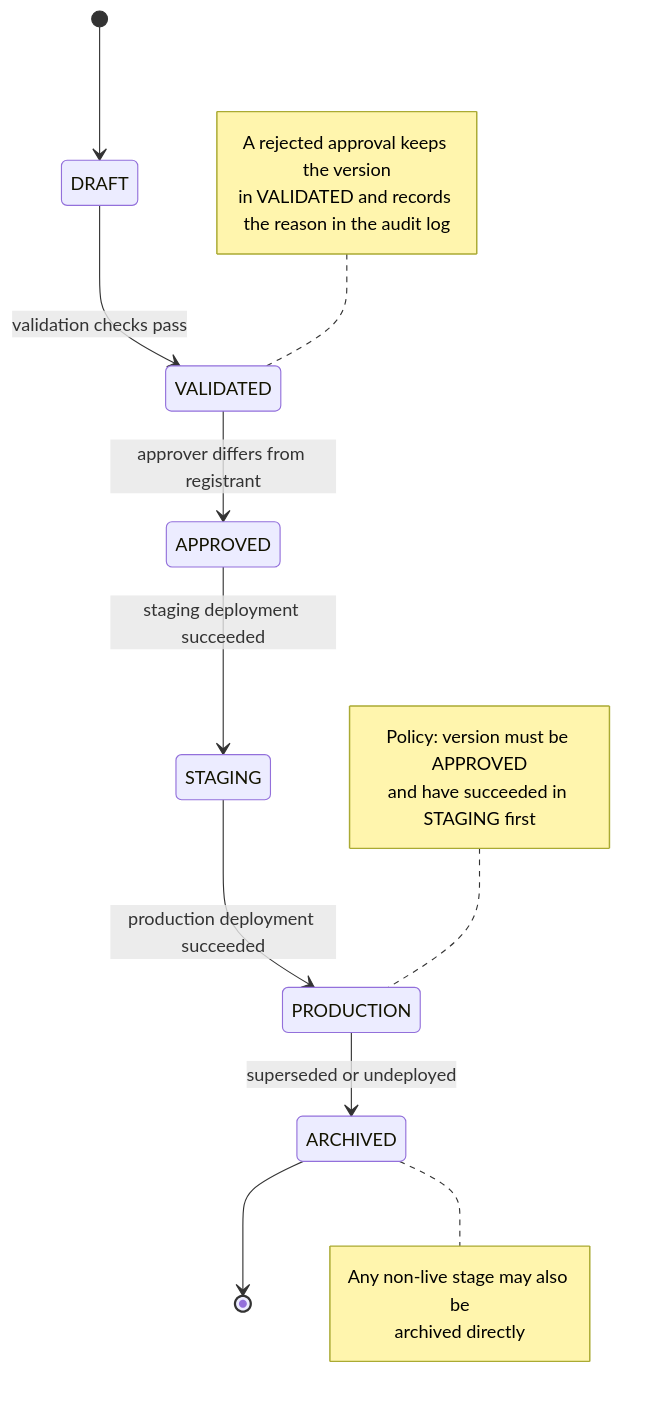
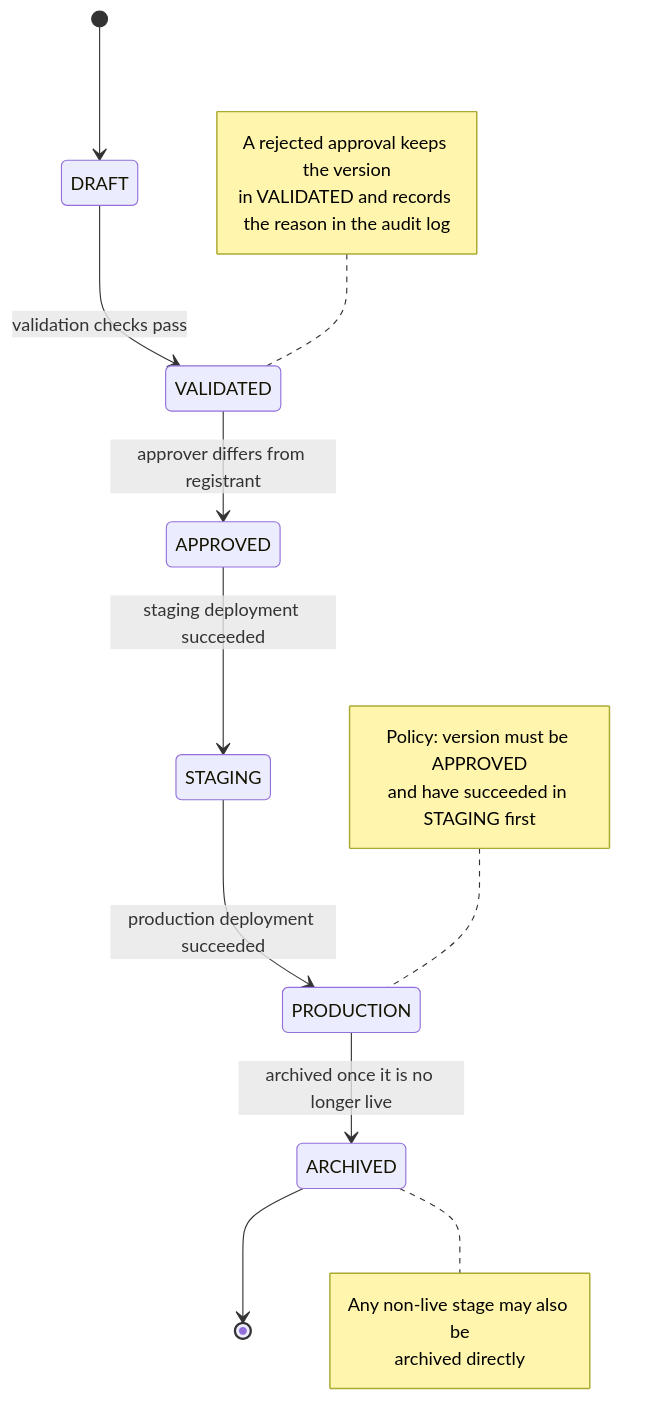
Before and after one commit to jaypatel00174/mlops-platform-technical-assignment: the seventh of 19 diagrams in docs/architecture.md, drawn with Mermaid. The commit also changed other lines of this file and 3 other files, not shown here.

Commit message:
docs: align lifecycle docs with the rollback rule (a live version is never archived)

````diff
--- a/docs/architecture.md
+++ b/docs/architecture.md
@@ -392,23 +392,23 @@
 ```mermaid
 stateDiagram-v2
     [*] --> DRAFT
     DRAFT --> VALIDATED: validation checks pass
     VALIDATED --> APPROVED: approver differs from registrant
     APPROVED --> STAGING: staging deployment succeeded
     STAGING --> PRODUCTION: production deployment succeeded
-    PRODUCTION --> ARCHIVED: superseded or undeployed
+    PRODUCTION --> ARCHIVED: archived once it is no longer live
     ARCHIVED --> [*]
 
     note left of VALIDATED
         A rejected approval keeps the version
         in VALIDATED and records the reason in the audit log
     end note
     note left of PRODUCTION
         Policy: version must be APPROVED
         and have succeeded in STAGING first
     end note
     note right of ARCHIVED
         Any non-live stage may also be
         archived directly
     end note
 ```
````
